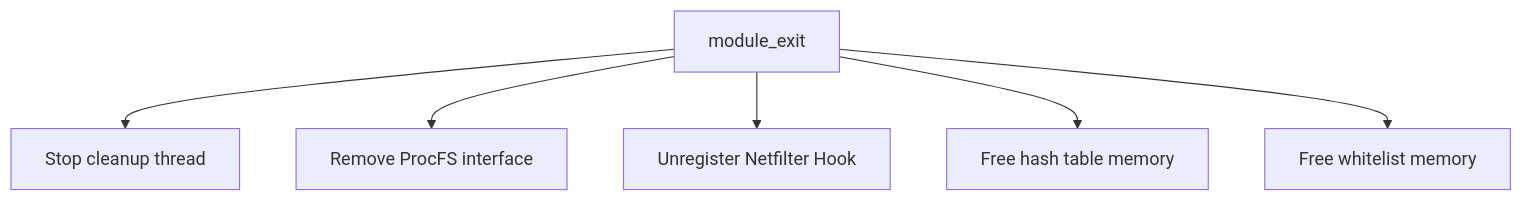
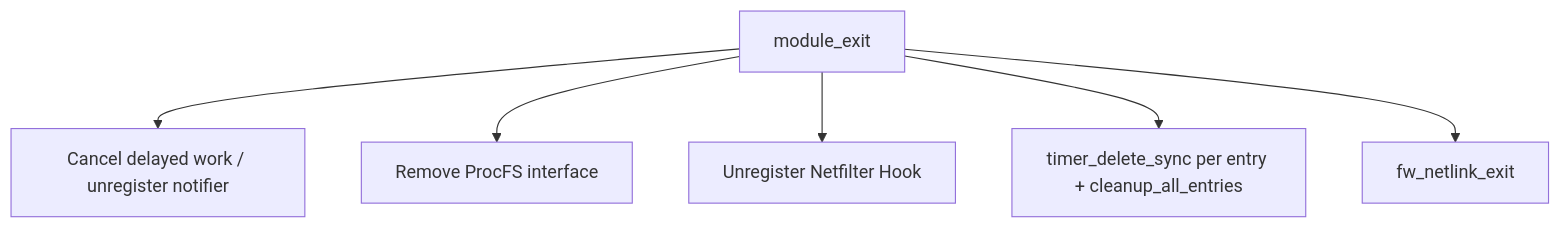
Before and after one commit to SnowCore8/linux-firewall-kmod: the fourth of 4 diagrams in docs/en/architecture/kernel-module.md, drawn with Mermaid. The commit also changed other lines of this file and 9 other files, not shown here.

First line of the commit message:
docs: 过期策略改为 per-entry expire_timer，去掉全局清理线程描述

````diff
--- a/docs/en/architecture/kernel-module.md
+++ b/docs/en/architecture/kernel-module.md
@@ -243,8 +259,8 @@
 ```mermaid
 graph TB
-    A[module_exit] --> B[Stop cleanup thread]
+    A[module_exit] --> B[Cancel delayed work / unregister notifier]
     A --> C[Remove ProcFS interface]
     A --> D[Unregister Netfilter Hook]
-    A --> E[Free hash table memory]
-    A --> F[Free whitelist memory]
+    A --> E["timer_delete_sync per entry + cleanup_all_entries"]
+    A --> F[fw_netlink_exit]
 ```
````
